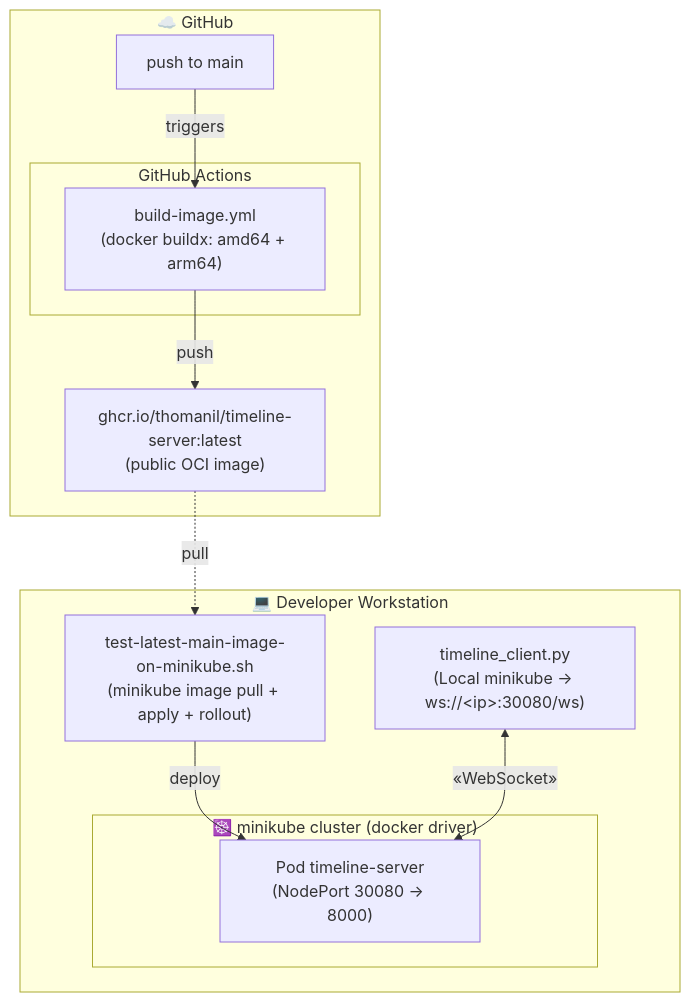
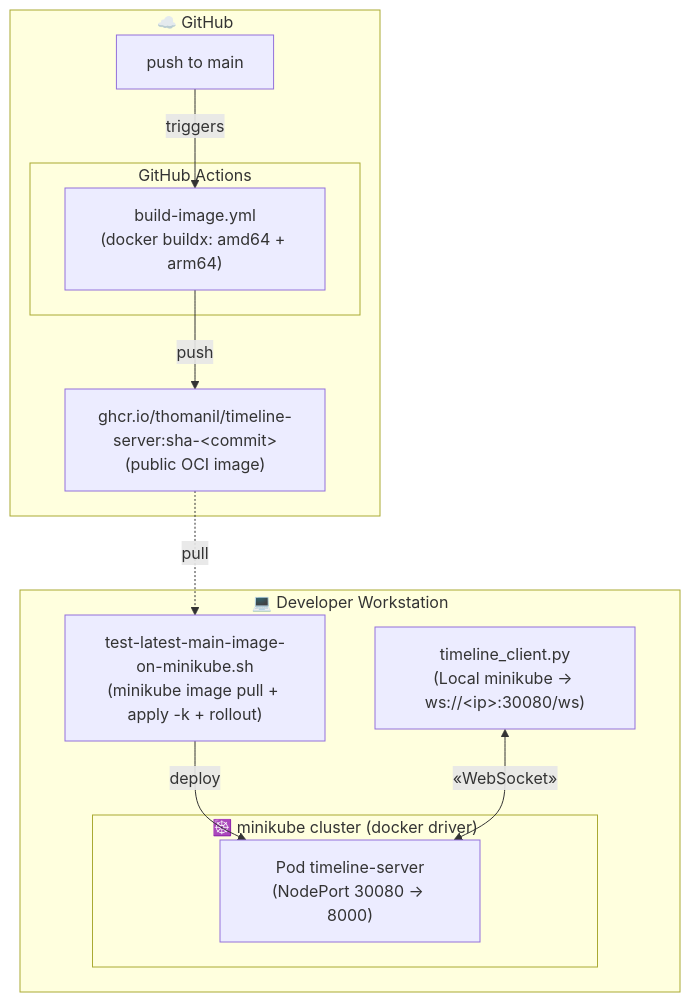
Before and after one commit to thomanil/tech-sandbox: the fifth of 10 diagrams in README.md, drawn with Mermaid. The commit also changed other lines of this file and 21 other files, not shown here.

````diff
--- a/README.md
+++ b/README.md
@@ -348,24 +353,24 @@
 ```mermaid
 flowchart TB
   subgraph gh["☁️ GitHub"]
     repo["push to main"]
     subgraph actions["GitHub Actions"]
       build["build-image.yml<br/>(docker buildx: amd64 + arm64)"]
     end
-    ghcr["ghcr.io/thomanil/timeline-server:latest<br/>(public OCI image)"]
+    ghcr["ghcr.io/thomanil/timeline-server:sha-&lt;commit&gt;<br/>(public OCI image)"]
   end
 
   subgraph dev2["💻 Developer Workstation"]
-    script["test-latest-main-image-on-minikube.sh<br/>(minikube image pull + apply + rollout)"]
+    script["test-latest-main-image-on-minikube.sh<br/>(minikube image pull + apply -k + rollout)"]
     subgraph minikube["☸️ minikube cluster (docker driver)"]
       pod["Pod timeline-server<br/>(NodePort 30080 → 8000)"]
     end
     client["timeline_client.py<br/>(Local minikube → ws://&lt;ip&gt;:30080/ws)"]
   end
 
   repo -->|triggers| build
   build -->|push| ghcr
   ghcr -.->|pull| script
   script -->|deploy| pod
   client <-->|"&laquo;WebSocket&raquo;"| pod
 ```
````
